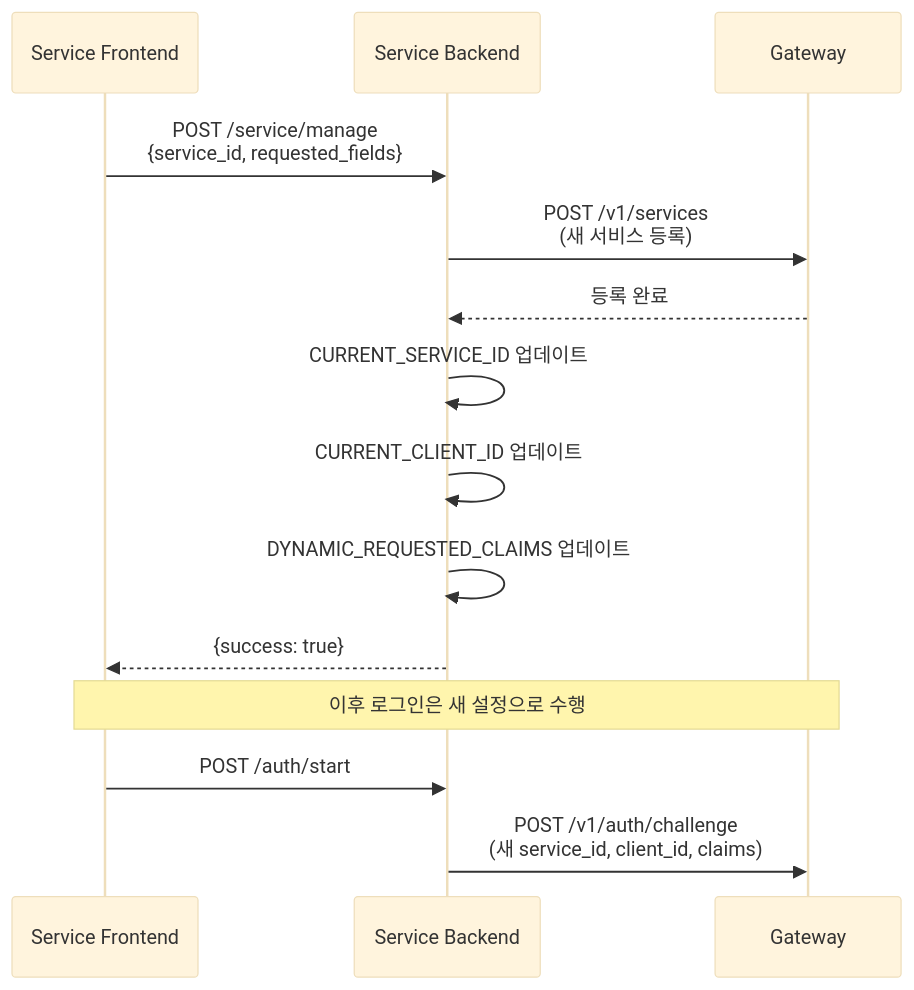
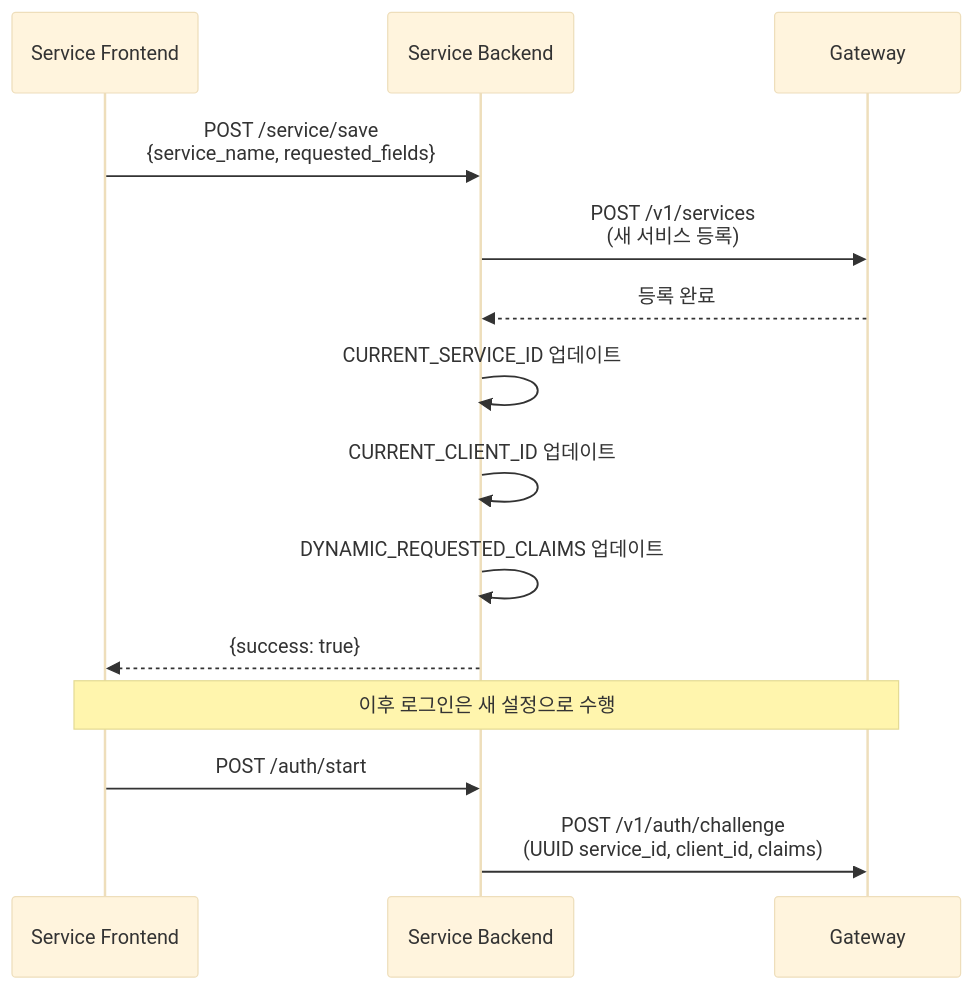
Diagram 12 of 12 in ARCHITECTURE.md (superwhyun/MiID), drawn with Mermaid (base theme) before and after one commit. The commit also changed other lines of this file and 6 other files, not shown here.

First line of the commit message:
feat: 서비스 식별자(service_id) UUID 전환 및 관리 플로우 개선

````diff
--- a/ARCHITECTURE.md
+++ b/ARCHITECTURE.md
@@ -481,18 +481,18 @@
 ```mermaid
 sequenceDiagram
     participant UI as Service Frontend
     participant BE as Service Backend
     participant GW as Gateway
 
-    UI->>BE: POST /service/manage<br/>{service_id, requested_fields}
+    UI->>BE: POST /service/save<br/>{service_name, requested_fields}
     BE->>GW: POST /v1/services<br/>(새 서비스 등록)
     GW-->>BE: 등록 완료
     BE->>BE: CURRENT_SERVICE_ID 업데이트
     BE->>BE: CURRENT_CLIENT_ID 업데이트
     BE->>BE: DYNAMIC_REQUESTED_CLAIMS 업데이트
     BE-->>UI: {success: true}
 
     Note over UI,GW: 이후 로그인은 새 설정으로 수행
     UI->>BE: POST /auth/start
-    BE->>GW: POST /v1/auth/challenge<br/>(새 service_id, client_id, claims)
+    BE->>GW: POST /v1/auth/challenge<br/>(UUID service_id, client_id, claims)
 ```
````
